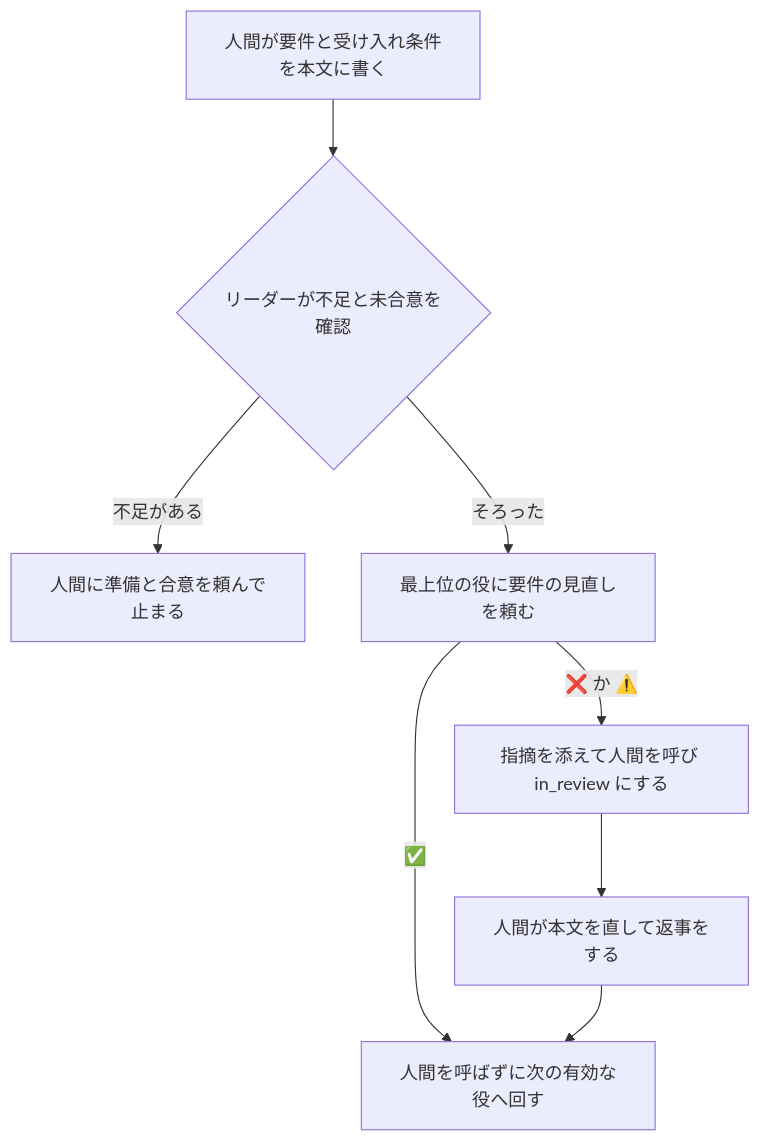
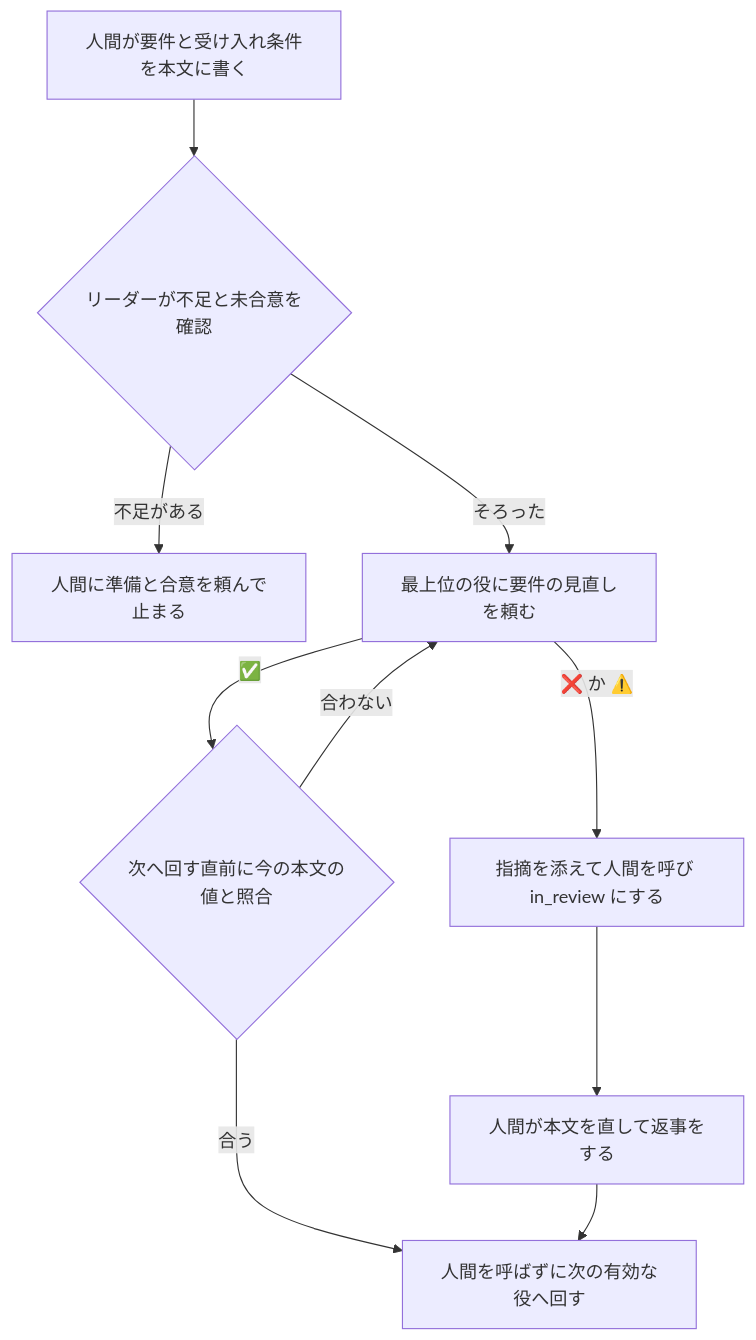
The diagram in docs/planner-requirements.md (AnD00/multica-squad-kit), drawn with Mermaid before and after one commit. The commit also changed other lines of this file and 1 other file, not shown here.

````diff
--- a/docs/planner-requirements.md
+++ b/docs/planner-requirements.md
@@ -60,10 +60,12 @@
 ```mermaid
 flowchart TD
   H[人間が要件と受け入れ条件を本文に書く] --> L{リーダーが不足と未合意を確認}
   L -- 不足がある --> W[人間に準備と合意を頼んで止まる]
   L -- そろった --> P[最上位の役に要件の見直しを頼む]
-  P -- ✅ --> N[人間を呼ばずに次の有効な役へ回す]
+  P -- ✅ --> C{次へ回す直前に今の本文の値と照合}
+  C -- 合う --> N[人間を呼ばずに次の有効な役へ回す]
+  C -- 合わない --> P
   P -- ❌ か ⚠️ --> F[指摘を添えて人間を呼び in_review にする]
   F --> R[人間が本文を直して返事をする]
   R --> N
 ```
````
